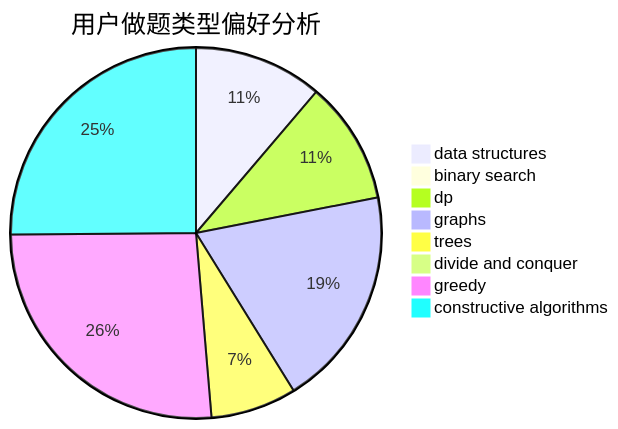
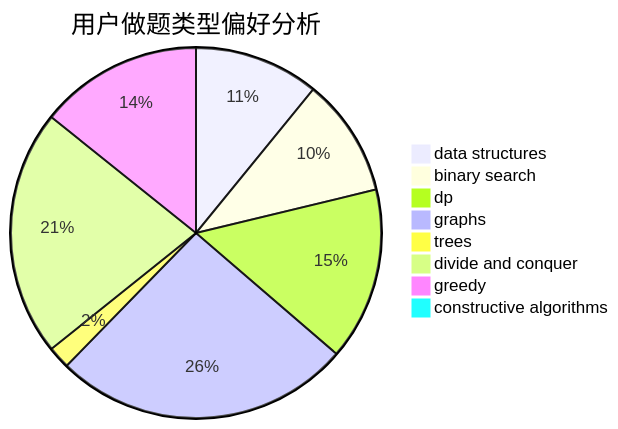
Before and after one commit to sherpahu/cfrs.github.io: the second of 3 diagrams in docs/user/u780.md, drawn with Mermaid. The commit also changed other lines of this file and 2770 other files, not shown here.

````diff
--- a/docs/user/u780.md
+++ b/docs/user/u780.md
@@ -23,11 +23,11 @@
 ```mermaid
 pie title 用户做题类型偏好分析
-    "data structures" :  21
-    "binary search" :  1
-    "dp" :  20
-    "graphs" :  36
-    "trees" :  14
-    "divide and conquer" :  0
-    "greedy" :  49
-    "constructive algorithms" :  47
+    "data structures" :  39
+    "binary search" :  37
+    "dp" :  54
+    "graphs" :  93
+    "trees" :  7
+    "divide and conquer" :  77
+    "greedy" :  51
+    "constructive algorithms" :  2
 ```
````
